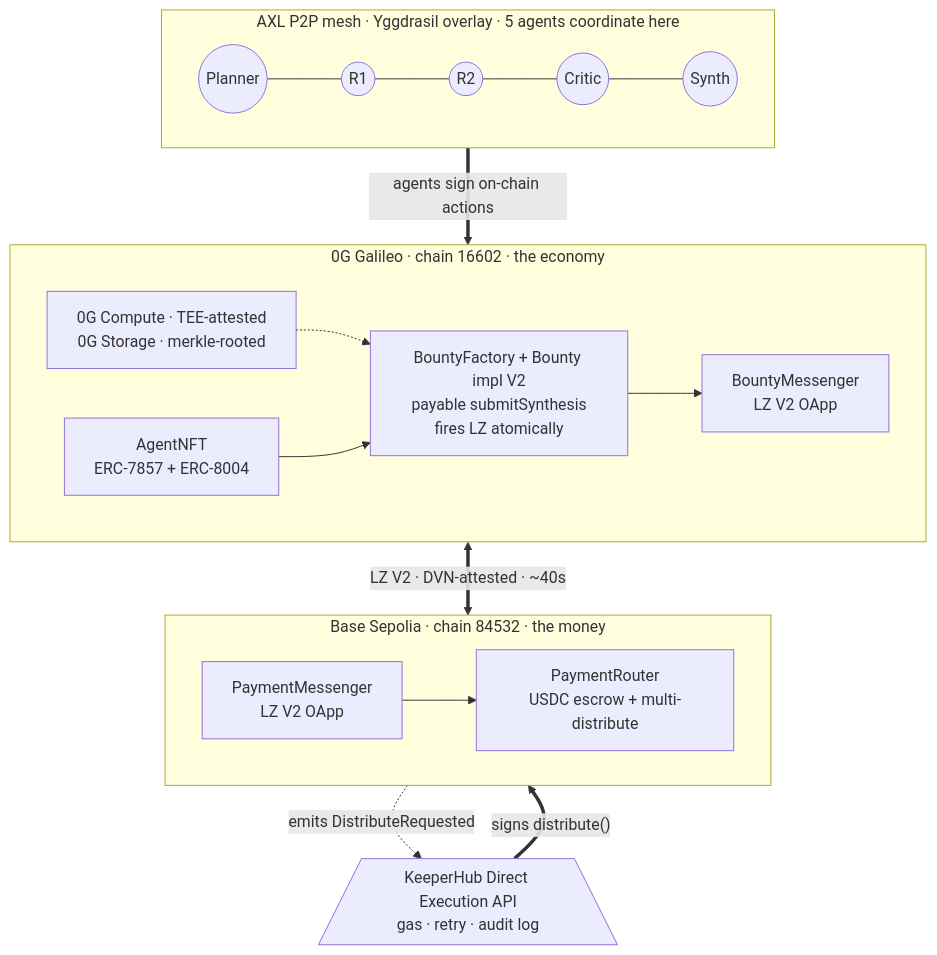
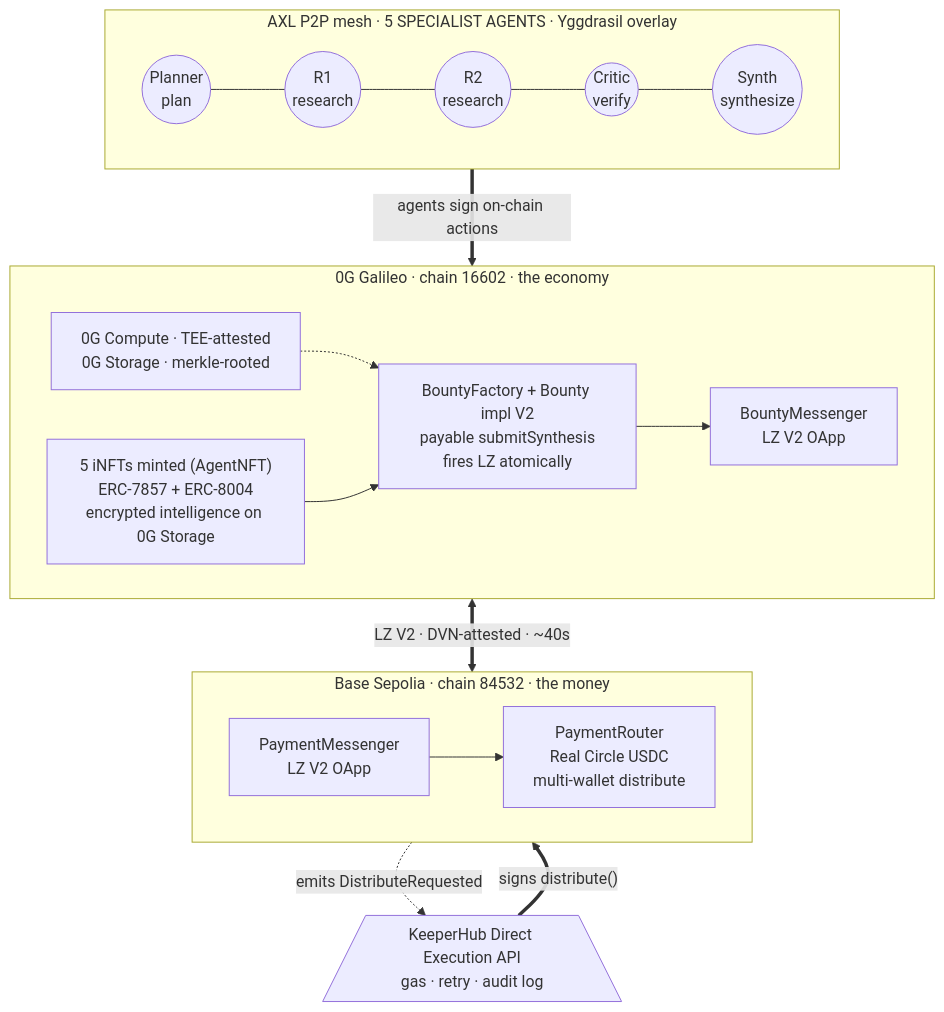
One commit to Himess/scholar-swarm changed the diagram in README.md. Above: the diagram before and after it, drawn with Mermaid.

Commit message:
mermaid: per-agent role labels + iNFT emphasis + Real Circle USDC
Three small but high-signal tweaks to the architecture diagram:

- Mesh subgraph: title bumped to "5 SPECIALIST AGENTS", each circle now
  carries its role inline (Planner/plan, R1/research, R2/research,
  Critic/verify, Synth/synthesize). One-second read of the topology.
- AgentNFT box: explicit "5 iNFTs minted" + "encrypted intelligence on
  0G Storage" — iNFT is the 0G track's core primitive, makes it visible.
- PaymentRouter box: "Real Circle USDC" replaces generic "USDC escrow"
  — separates us from mock-token competitors at a glance.

````diff
--- a/README.md
+++ b/README.md
@@ -161,31 +161,31 @@
 ```mermaid
 flowchart TB
-    subgraph mesh["AXL P2P mesh · Yggdrasil overlay · 5 agents coordinate here"]
+    subgraph mesh["AXL P2P mesh · 5 SPECIALIST AGENTS · Yggdrasil overlay"]
       direction LR
-      P((Planner)) --- R1((R1)) --- R2((R2)) --- C((Critic)) --- S((Synth))
+      P((Planner<br/>plan)) --- R1((R1<br/>research)) --- R2((R2<br/>research)) --- C((Critic<br/>verify)) --- S((Synth<br/>synthesize))
     end
 
     subgraph og["0G Galileo · chain 16602 · the economy"]
       direction LR
-      og_id["AgentNFT<br/>ERC-7857 + ERC-8004"]
+      og_id["5 iNFTs minted (AgentNFT)<br/>ERC-7857 + ERC-8004<br/>encrypted intelligence on 0G Storage"]
       og_b["BountyFactory + Bounty impl V2<br/>payable submitSynthesis<br/>fires LZ atomically"]
       og_msg["BountyMessenger<br/>LZ V2 OApp"]
       og_inf["0G Compute · TEE-attested<br/>0G Storage · merkle-rooted"]
       og_inf -.-> og_b
       og_id --> og_b --> og_msg
     end
 
     subgraph base["Base Sepolia · chain 84532 · the money"]
       direction LR
       base_msg["PaymentMessenger<br/>LZ V2 OApp"]
-      base_pr["PaymentRouter<br/>USDC escrow + multi-distribute"]
+      base_pr["PaymentRouter<br/>Real Circle USDC<br/>multi-wallet distribute"]
       base_msg --> base_pr
     end
 
     kh[/"KeeperHub Direct Execution API<br/>gas · retry · audit log"\]
 
     mesh ==>|"agents sign on-chain actions"| og
     og_msg <==>|"LZ V2 · DVN-attested · ~40s"| base_msg
     base_msg -.->|"emits DistributeRequested"| kh
     kh ==>|"signs distribute()"| base_pr
 ```
````
